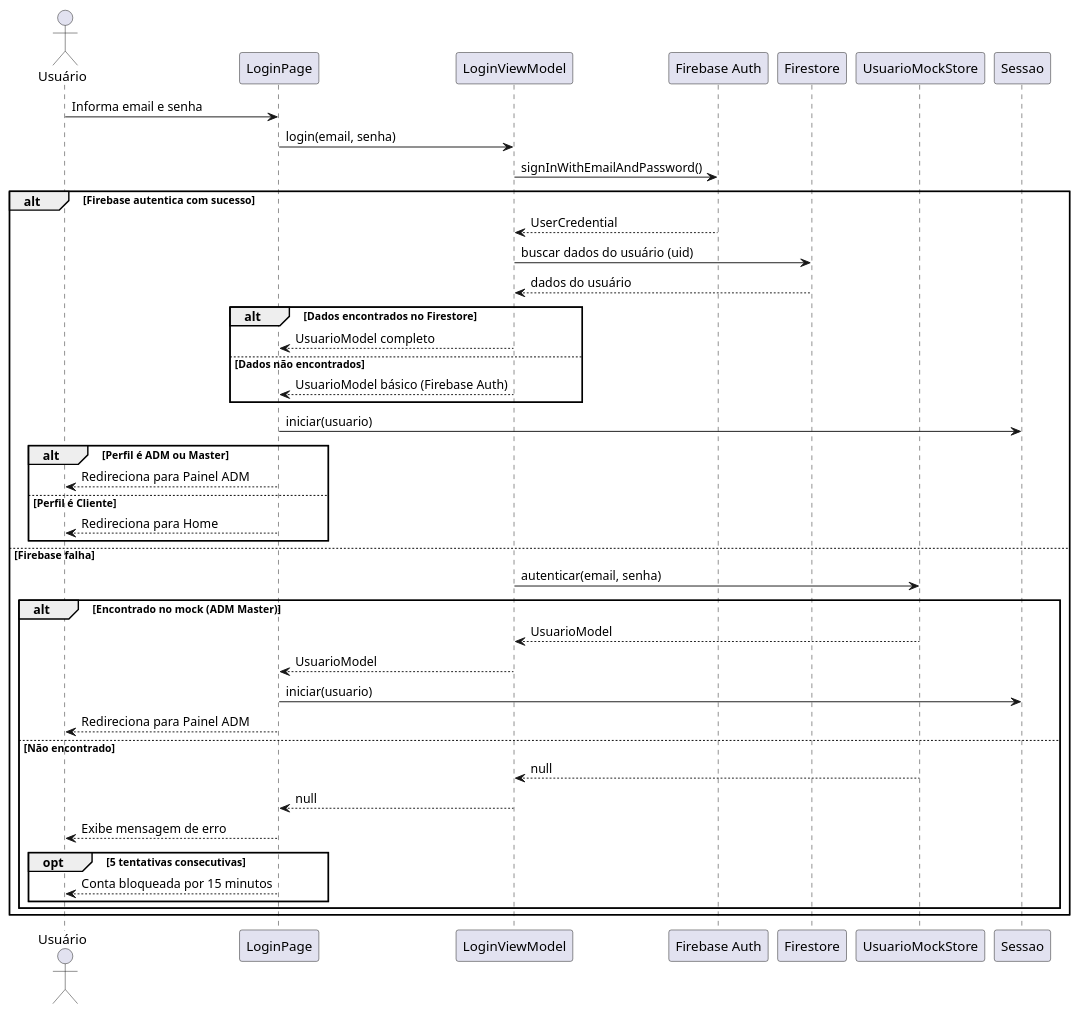
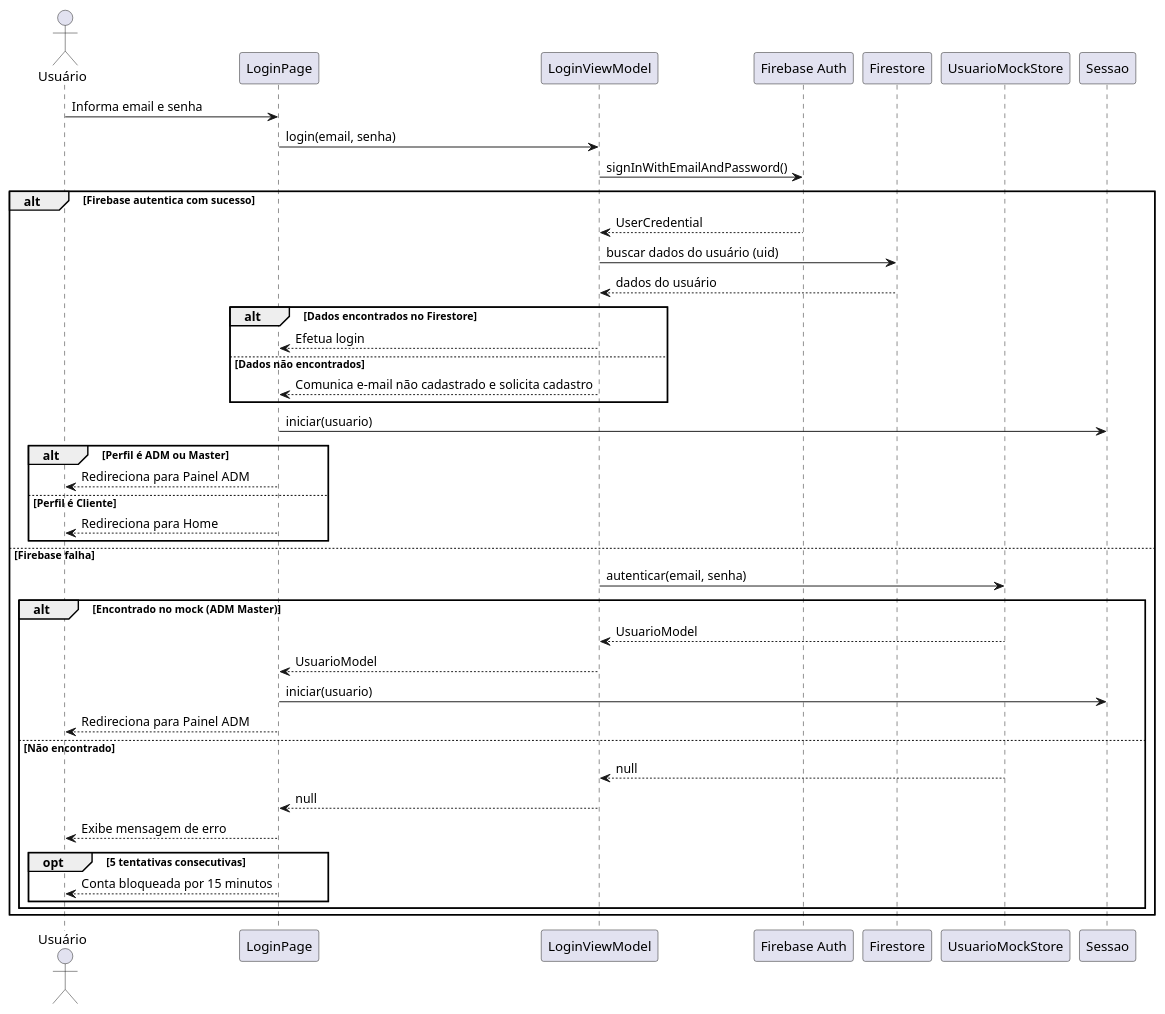
The diagram in docs/diagramas/sequencia/login.puml (Tesch-MatheusG/BarraHotel_App01), drawn with PlantUML before and after one commit. The commit also changed 6 other files, not shown here.

```diff
--- a/docs/diagramas/sequencia/login.puml
+++ b/docs/diagramas/sequencia/login.puml
@@ -1,51 +1,51 @@
 @startuml Login
 actor Usuário
 participant "LoginPage" as LP
 participant "LoginViewModel" as LVM
 participant "Firebase Auth" as FA
 participant "Firestore" as FS
 participant "UsuarioMockStore" as UMS
 participant "Sessao" as S
 
 Usuário -> LP: Informa email e senha
 LP -> LVM: login(email, senha)
 LVM -> FA: signInWithEmailAndPassword()
 
 alt Firebase autentica com sucesso
     FA --> LVM: UserCredential
     LVM -> FS: buscar dados do usuário (uid)
     FS --> LVM: dados do usuário
 
     alt Dados encontrados no Firestore
-        LVM --> LP: UsuarioModel completo
+        LVM --> LP: Efetua login
     else Dados não encontrados
-        LVM --> LP: UsuarioModel básico (Firebase Auth)
+        LVM --> LP: Comunica e-mail não cadastrado e solicita cadastro
     end
 
     LP -> S: iniciar(usuario)
 
     alt Perfil é ADM ou Master
         LP --> Usuário: Redireciona para Painel ADM
     else Perfil é Cliente
         LP --> Usuário: Redireciona para Home
     end
 
 else Firebase falha
     LVM -> UMS: autenticar(email, senha)
 
     alt Encontrado no mock (ADM Master)
         UMS --> LVM: UsuarioModel
         LVM --> LP: UsuarioModel
         LP -> S: iniciar(usuario)
         LP --> Usuário: Redireciona para Painel ADM
     else Não encontrado
         UMS --> LVM: null
         LVM --> LP: null
         LP --> Usuário: Exibe mensagem de erro
 
         opt 5 tentativas consecutivas
             LP --> Usuário: Conta bloqueada por 15 minutos
         end
     end
 end
 @enduml
```
